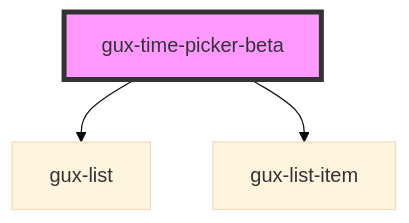
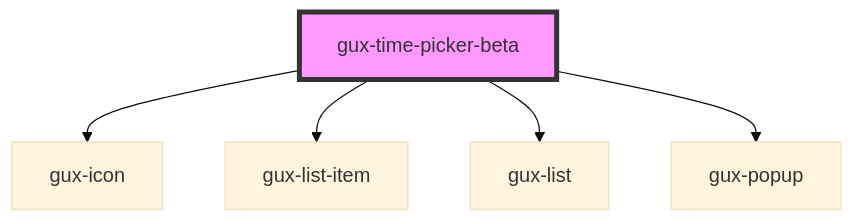
One commit to MyPureCloud/genesys-spark changed the diagram in src/components/beta/gux-time-picker/readme.md. Above: the diagram before and after it, drawn with Mermaid (base theme). The commit also changed other lines of this file and 78 other files, not shown here.

First line of the commit message:
feat(time picker): added time picker components

````diff
--- a/src/components/beta/gux-time-picker/readme.md
+++ b/src/components/beta/gux-time-picker/readme.md
@@ -32,6 +30,8 @@
 ```mermaid
 graph TD;
+  gux-time-picker-beta --> gux-icon
+  gux-time-picker-beta --> gux-list-item
   gux-time-picker-beta --> gux-list
-  gux-time-picker-beta --> gux-list-item
+  gux-time-picker-beta --> gux-popup
   style gux-time-picker-beta fill:#f9f,stroke:#333,stroke-width:4px
 ```
````
